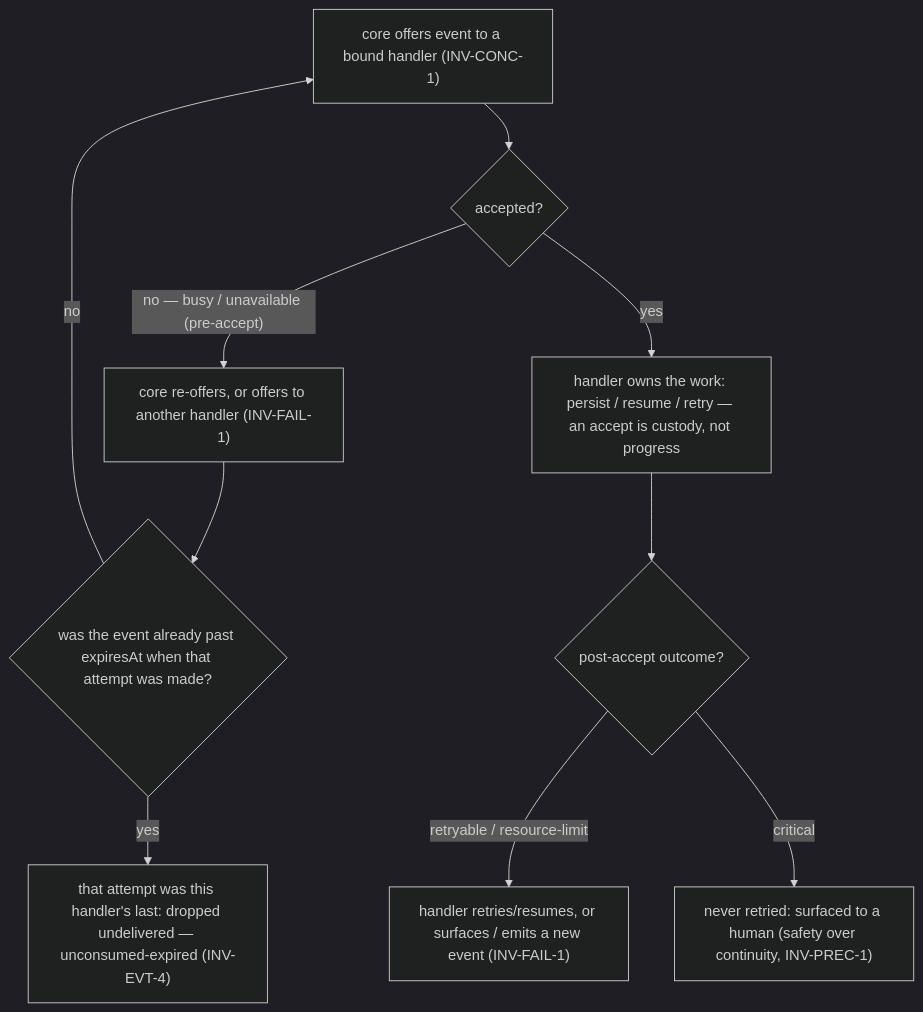
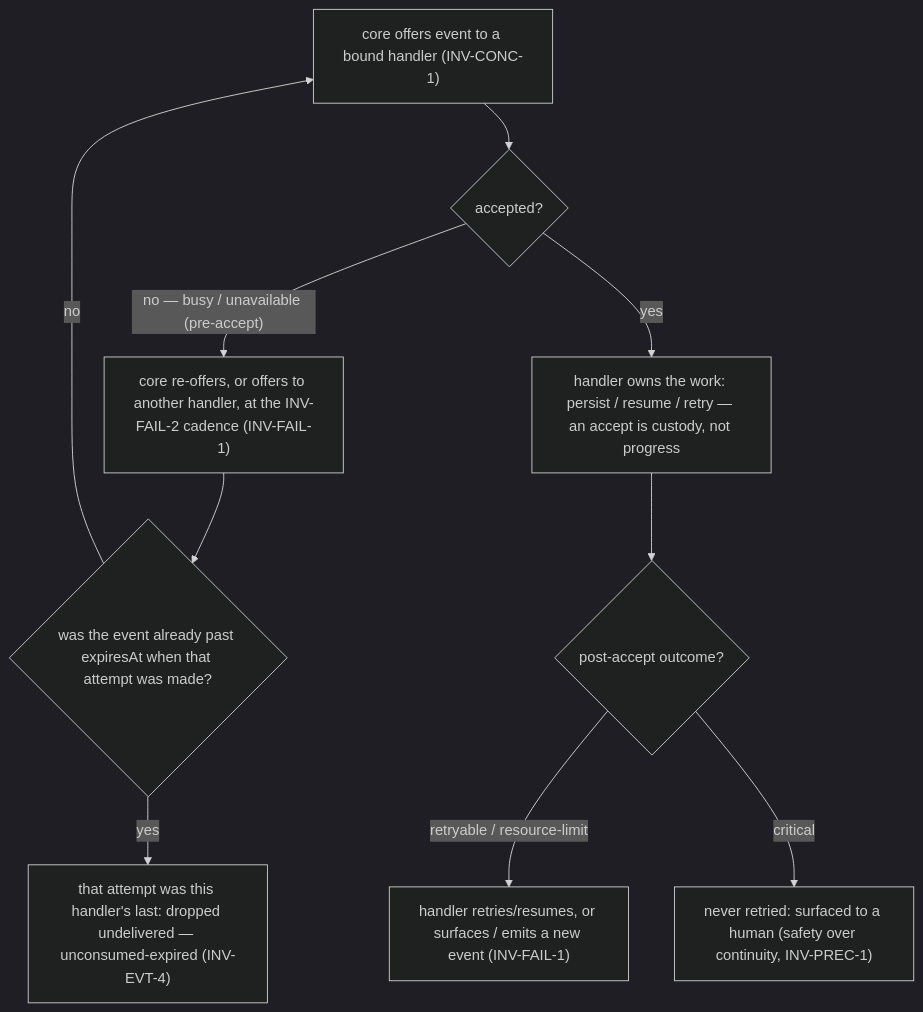
One commit to phillipgreenii/nix-agent-support changed the sixth of 18 diagrams in packages/pr-pool/docs/behavior/journeys.md. Above: the diagram before and after it, drawn with Mermaid (dark theme). The commit also changed other lines of this file and 16 other files, not shown here.

First line of the commit message:
pr-pool: define retry cadence for handler re-offers and pull-source failures (pg2-0c8yz)

````diff
--- a/packages/pr-pool/docs/behavior/journeys.md
+++ b/packages/pr-pool/docs/behavior/journeys.md
@@ -405,12 +416,12 @@
 ```mermaid
 flowchart TD
     off["core offers event to a bound handler (INV-CONC-1)"] --> acc{"accepted?"}
-    acc -->|"no — busy / unavailable (pre-accept)"| reoff["core re-offers, or offers to another handler (INV-FAIL-1)"]
+    acc -->|"no — busy / unavailable (pre-accept)"| reoff["core re-offers, or offers to another handler, at the INV-FAIL-2 cadence (INV-FAIL-1)"]
     reoff --> exp{"was the event already past expiresAt when that attempt was made?"}
     exp -->|no| off
     exp -->|yes| drop["that attempt was this handler's last: dropped undelivered — unconsumed-expired (INV-EVT-4)"]
     acc -->|yes| own["handler owns the work: persist / resume / retry — an accept is custody, not progress"]
     own --> out{"post-accept outcome?"}
     out -->|retryable / resource-limit| surf["handler retries/resumes, or surfaces / emits a new event (INV-FAIL-1)"]
     out -->|critical| human["never retried: surfaced to a human (safety over continuity, INV-PREC-1)"]
 ```
````
